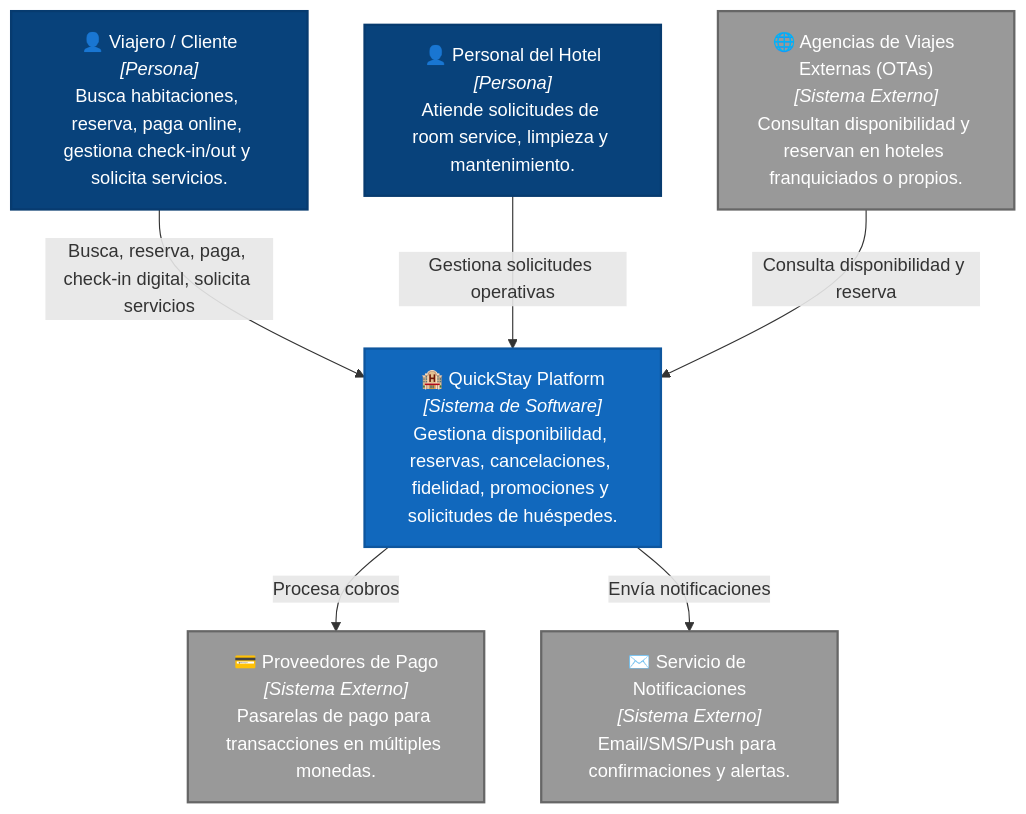
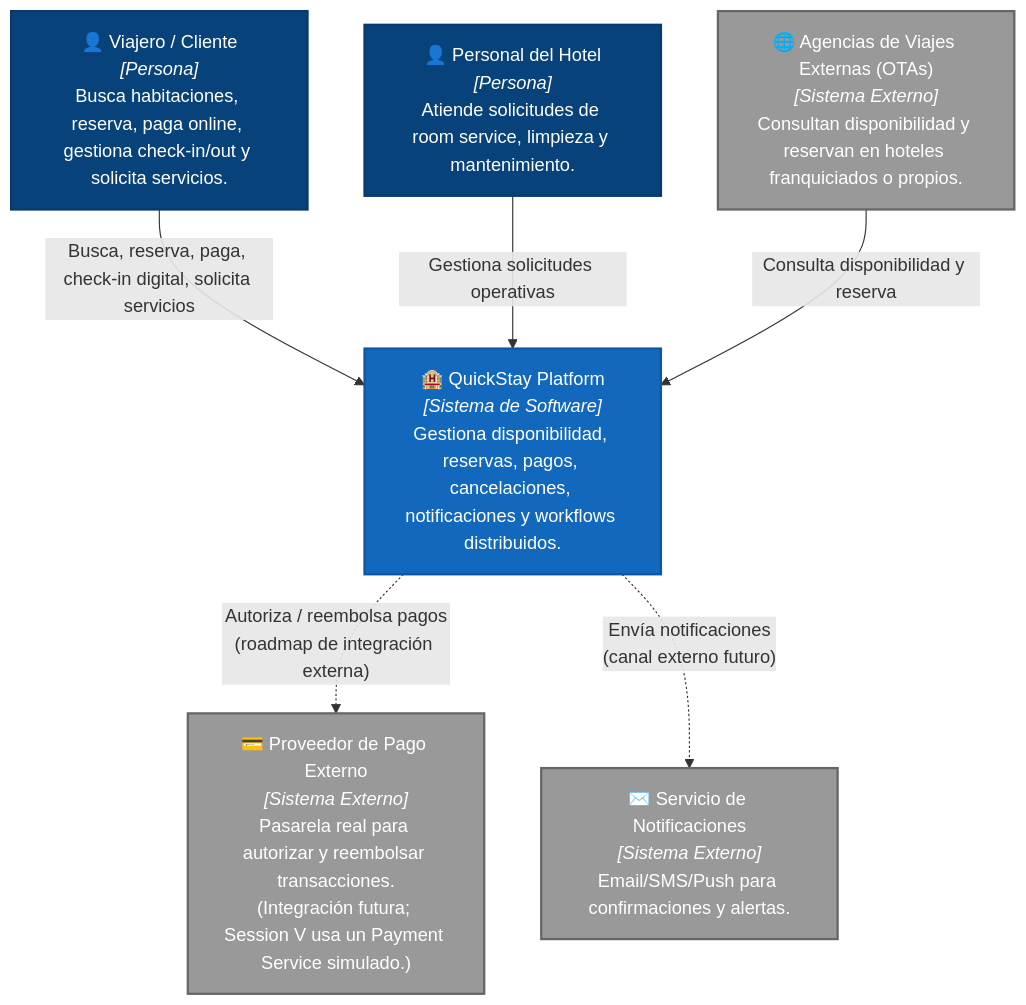
Before and after one commit to robertoq17/quickstay-hotel: the first of 8 diagrams in README.md, drawn with Mermaid. The commit also changed other lines of this file, not shown here.

First line of the commit message:
add orchestration-based saga for booking and payment

````diff
--- a/README.md
+++ b/README.md
@@ -199,25 +205,25 @@
 ```mermaid
 graph TD
     traveler["👤 Viajero / Cliente<br/><i>[Persona]</i><br/>Busca habitaciones, reserva, paga online, gestiona check-in/out y solicita servicios."]
     hotelStaff["👤 Personal del Hotel<br/><i>[Persona]</i><br/>Atiende solicitudes de room service, limpieza y mantenimiento."]
 
-    quickstay["🏨 QuickStay Platform<br/><i>[Sistema de Software]</i><br/>Gestiona disponibilidad, reservas, cancelaciones, fidelidad, promociones y solicitudes de huéspedes."]
+    quickstay["🏨 QuickStay Platform<br/><i>[Sistema de Software]</i><br/>Gestiona disponibilidad, reservas, pagos, cancelaciones, notificaciones y workflows distribuidos."]
 
     otas["🌐 Agencias de Viajes Externas (OTAs)<br/><i>[Sistema Externo]</i><br/>Consultan disponibilidad y reservan en hoteles franquiciados o propios."]
-    paymentSystem["💳 Proveedores de Pago<br/><i>[Sistema Externo]</i><br/>Pasarelas de pago para transacciones en múltiples monedas."]
+    paymentSystem["💳 Proveedor de Pago Externo<br/><i>[Sistema Externo]</i><br/>Pasarela real para autorizar y reembolsar transacciones.<br/>(Integración futura; Session V usa un Payment Service simulado.)"]
     notificationService["✉️ Servicio de Notificaciones<br/><i>[Sistema Externo]</i><br/>Email/SMS/Push para confirmaciones y alertas."]
 
     traveler -->|"Busca, reserva, paga, check-in digital, solicita servicios"| quickstay
     hotelStaff -->|"Gestiona solicitudes operativas"| quickstay
     otas -->|"Consulta disponibilidad y reserva"| quickstay
-    quickstay -->|"Procesa cobros"| paymentSystem
-    quickstay -->|"Envía notificaciones"| notificationService
+    quickstay -.->|"Autoriza / reembolsa pagos<br/>(roadmap de integración externa)"| paymentSystem
+    quickstay -.->|"Envía notificaciones<br/>(canal externo futuro)"| notificationService
 
     classDef person fill:#08427b,color:#fff,stroke:#073b6f,stroke-width:2px;
     classDef system fill:#1168bd,color:#fff,stroke:#0e569e,stroke-width:2px;
     classDef external fill:#999999,color:#fff,stroke:#666666,stroke-width:2px;
 
     class traveler,hotelStaff person;
     class quickstay system;
     class otas,paymentSystem,notificationService external;
 ```
````
